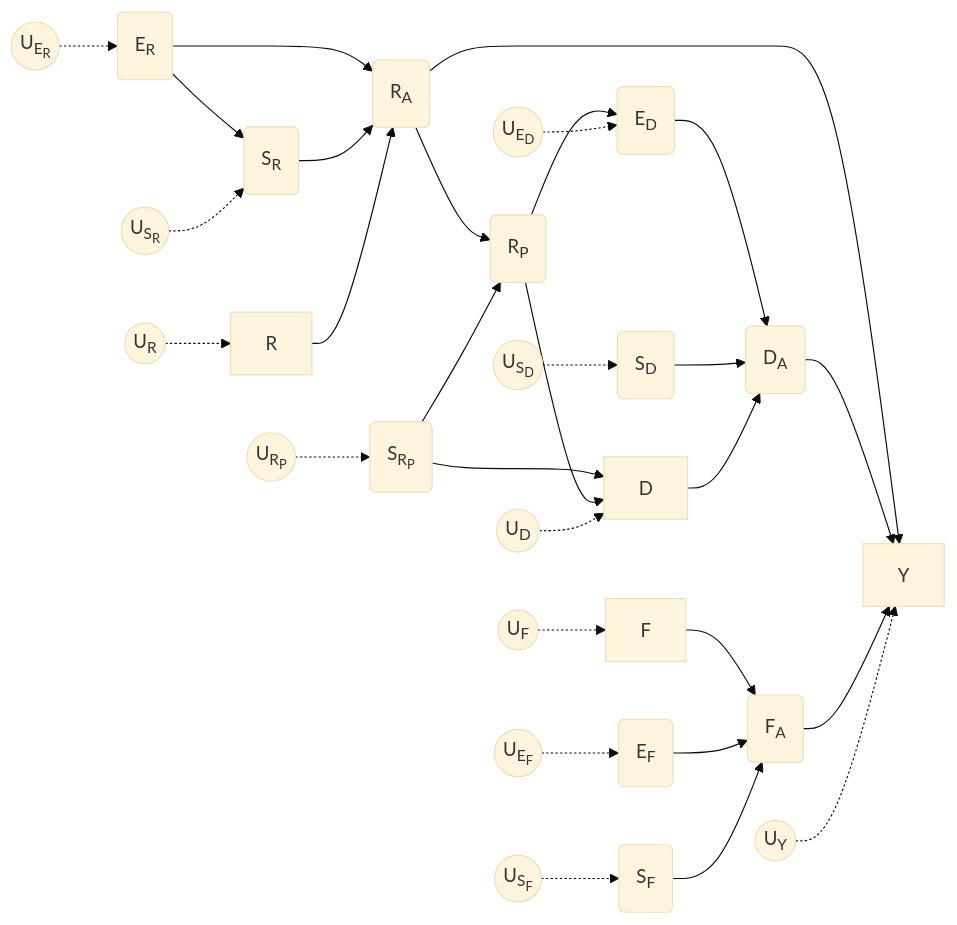
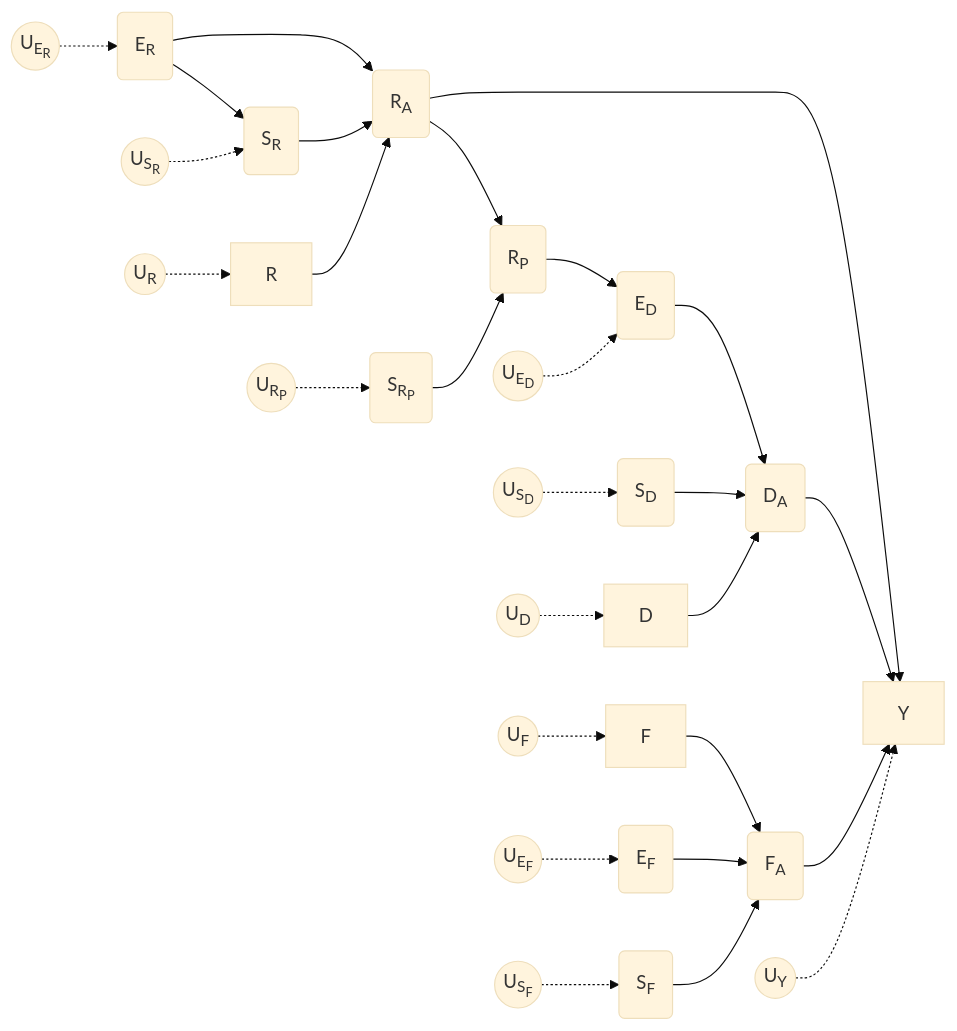
Before and after one commit to maj-biostat/roadmap-sim: the sixth of 6 diagrams in notebooks/design-notes.qmd, drawn with Mermaid. The commit also changed other lines of this file and 1 other file, not shown here.

````diff
--- a/notebooks/design-notes.qmd
+++ b/notebooks/design-notes.qmd
@@ -1419,40 +1470,38 @@
 ```{mermaid}
 %%| label: fig-scenario-4
 %%| fig-cap: Scenario 4, the $U$ denote independent exogenous variables, 
 %%{
   init:{
     "flowchart":{"htmlLabels": "true"},
     "securityLevel": "loose",
     "theme": "base"
 }}%%
 flowchart LR
   ER(E<sub>R) --> RA(R<sub>A) 
   ER --> SR(S<sub>R)
   ED(E<sub>D) --> DA(D<sub>A) 
   SR --> RA 
   SD(S<sub>D) --> DA 
   R --> RA
   RA --> RP(R<sub>P) 
   SRP(S<sub>R<sub>P) --> RP
-  SRP --> D
   RA --> Y
-  RP --> D
   RP --> ED
   D --> DA(D<sub>A)
   DA --> Y
   F --> FA(F<sub>A)
   EF(E<sub>F) --> FA
   SF(S<sub>F) --> FA 
   FA --> Y
   UER((U<sub>E<sub>R)) -.-> ER
   UED((U<sub>E<sub>D)) -.-> ED
   UEF((U<sub>E<sub>F)) -.-> EF
   UF((U<sub>F)) -.-> F
   URP((U<sub>R<sub>P)) -.-> SRP
   UD((U<sub>D)) -.-> D
   USR((U<sub>S<sub>R)) -.-> SR
   UR((U<sub>R)) -.-> R
   USD((U<sub>S<sub>D)) -.-> SD
   USF((U<sub>S<sub>F)) -.-> SF
   UY((U<sub>Y)) -.-> Y
 ```
````
